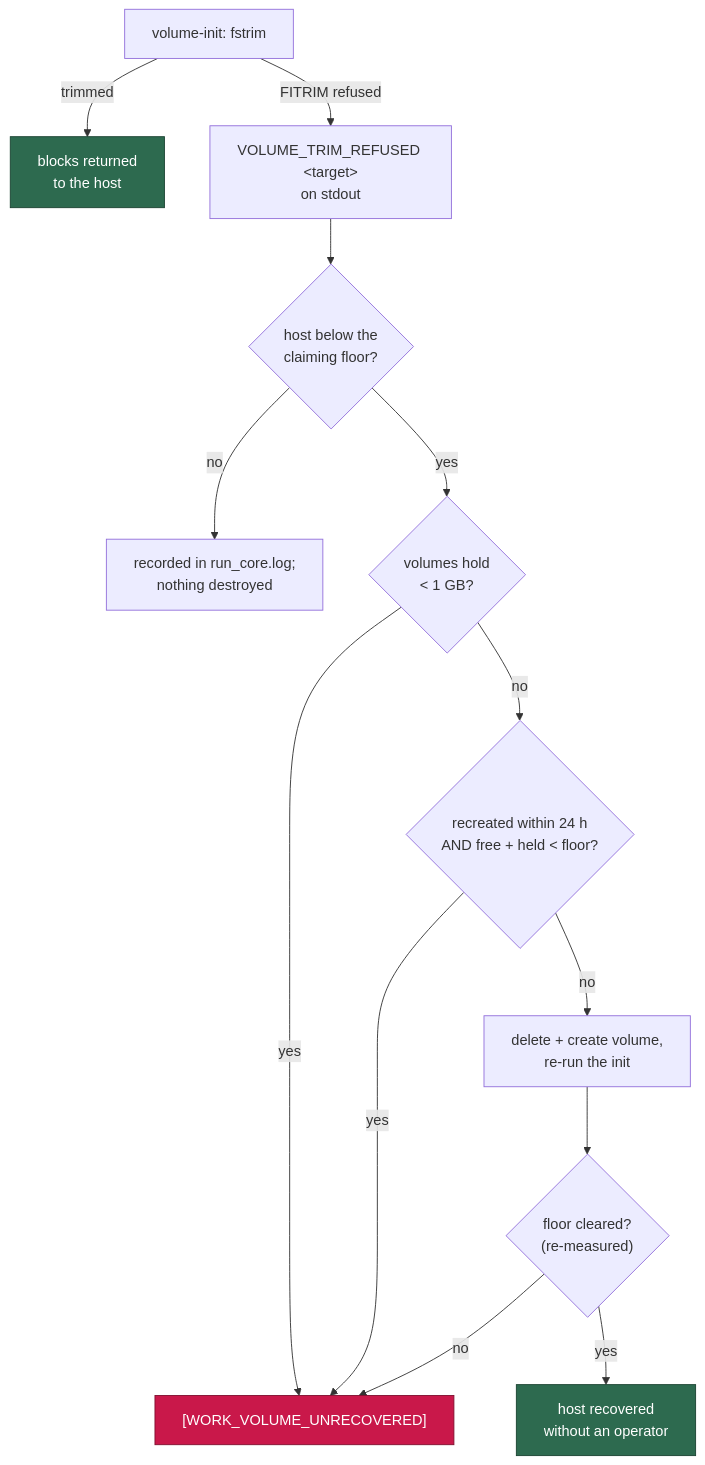
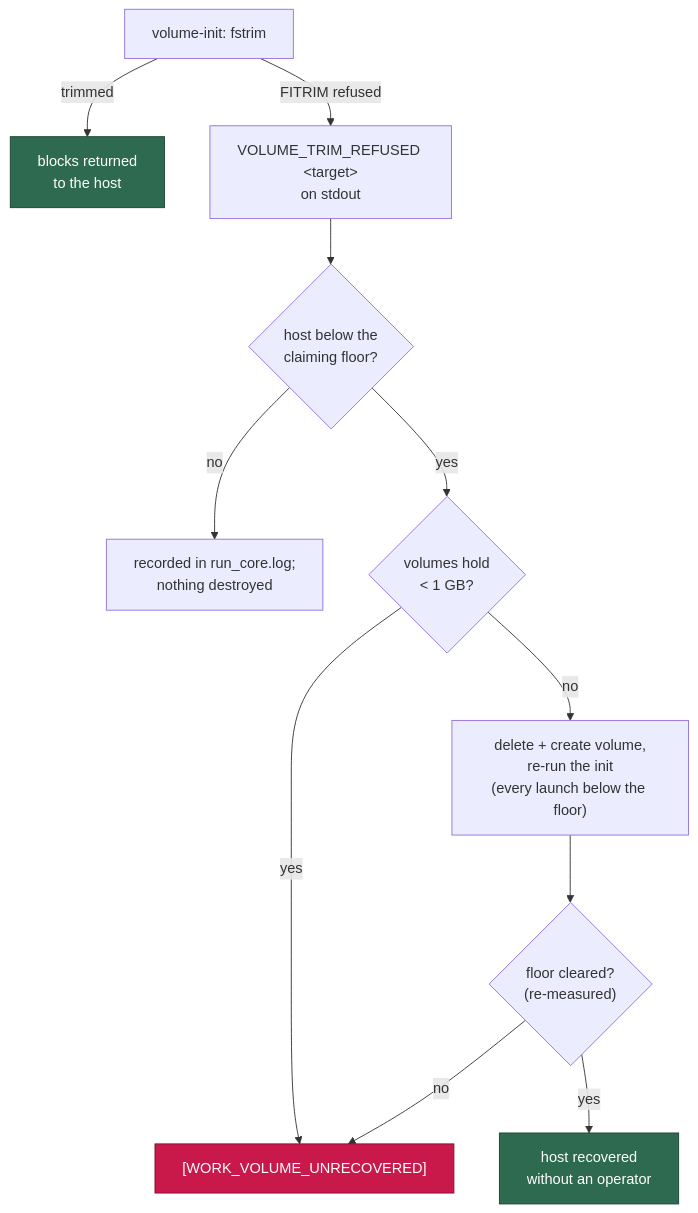
One commit to stSoftwareAU/VibeCoder changed diagram 13 of 21 in docs/CONTAINER.md. Above: the diagram before and after it, drawn with Mermaid. The commit also changed other lines of this file and 2 other files, not shown here.

First line of the commit message:
Reset the work volume on every launch the host is below its floor (Issue #2077)

````diff
--- a/docs/CONTAINER.md
+++ b/docs/CONTAINER.md
@@ -1222,18 +1221,16 @@
 ```mermaid
 flowchart TD
     I["volume-init: fstrim"] -->|"trimmed"| OK["blocks returned<br/>to the host"]
     I -->|"FITRIM refused"| R["VOLUME_TRIM_REFUSED &lt;target&gt;<br/>on stdout"]
     R --> G{"host below the<br/>claiming floor?"}
     G -->|"no"| N["recorded in run_core.log;<br/>nothing destroyed"]
     G -->|"yes"| S{"volumes hold<br/>&lt; 1 GB?"}
     S -->|"yes"| E["[WORK_VOLUME_UNRECOVERED]"]
-    S -->|"no"| B{"recreated within 24 h<br/>AND free + held &lt; floor?"}
-    B -->|"yes"| E
-    B -->|"no"| D["delete + create volume,<br/>re-run the init"]
+    S -->|"no"| D["delete + create volume,<br/>re-run the init<br/>(every launch below the floor)"]
     D --> M{"floor cleared?<br/>(re-measured)"}
     M -->|"yes"| H["host recovered<br/>without an operator"]
     M -->|"no"| E
     style OK fill:#2d6a4f,stroke:#1b4332,color:#fff
     style H fill:#2d6a4f,stroke:#1b4332,color:#fff
     style E fill:#c9184a,stroke:#800f2f,color:#fff
 ```
````
